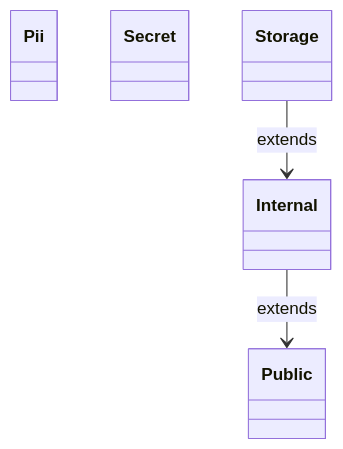
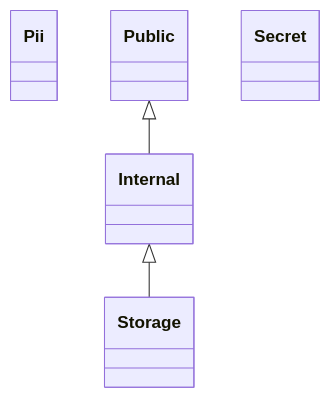
Before and after one commit to release-art/pydantic-prism: the first of 6 diagrams in examples/pii_dataflow/README.md, drawn with Mermaid. The commit also changed 14 other files, not shown here.

````diff
--- a/examples/pii_dataflow/README.md
+++ b/examples/pii_dataflow/README.md
@@ -7,11 +7,11 @@
 ```mermaid
 classDiagram
     direction TB
     class Internal
     class Pii
     class Public
     class Secret
     class Storage
-    Internal --> Public : extends
-    Storage --> Internal : extends
+    Public <|-- Internal
+    Internal <|-- Storage
 ```
````
